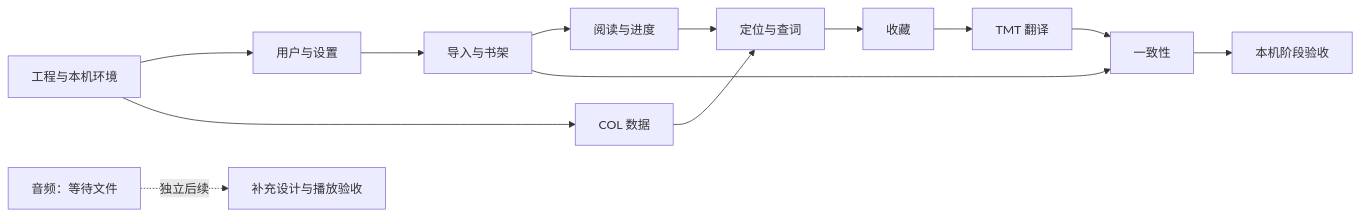
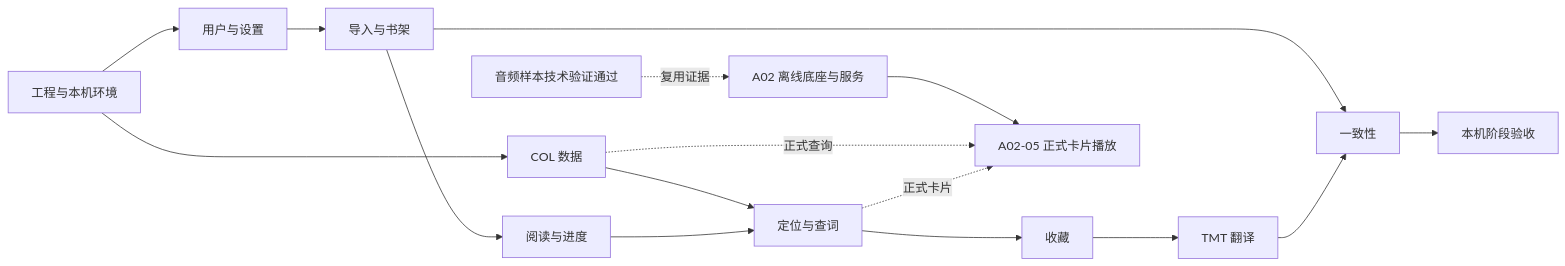
The diagram in docs/technical/implementation/Readict-V1.1-模块化开发计划.md (fcj0633/readict-design), drawn with Mermaid before and after one commit. The commit also changed other lines of this file and 7 other files, not shown here.

````diff
--- a/docs/technical/implementation/Readict-V1.1-模块化开发计划.md
+++ b/docs/technical/implementation/Readict-V1.1-模块化开发计划.md
@@ -256,15 +269,18 @@
 ```mermaid
 flowchart LR
     M00[工程与本机环境] --> M01[用户与设置]
     M00 --> M02[COL 数据]
     M01 --> M03[导入与书架]
     M03 --> M04[阅读与进度]
     M02 --> M05[定位与查词]
     M04 --> M05
     M05 --> M06[收藏]
     M06 --> M07[TMT 翻译]
     M03 --> M08[一致性]
     M07 --> M08
     M08 --> M09[本机阶段验收]
-    A01[音频：等待文件] -.独立后续.-> A02[补充设计与播放验收]
+    A01[音频样本技术验证通过] -.复用证据.-> A02[A02 离线底座与服务]
+    A02 --> AP[A02-05 正式卡片播放]
+    M02 -.正式查询.-> AP
+    M05 -.正式卡片.-> AP
 ```
````
